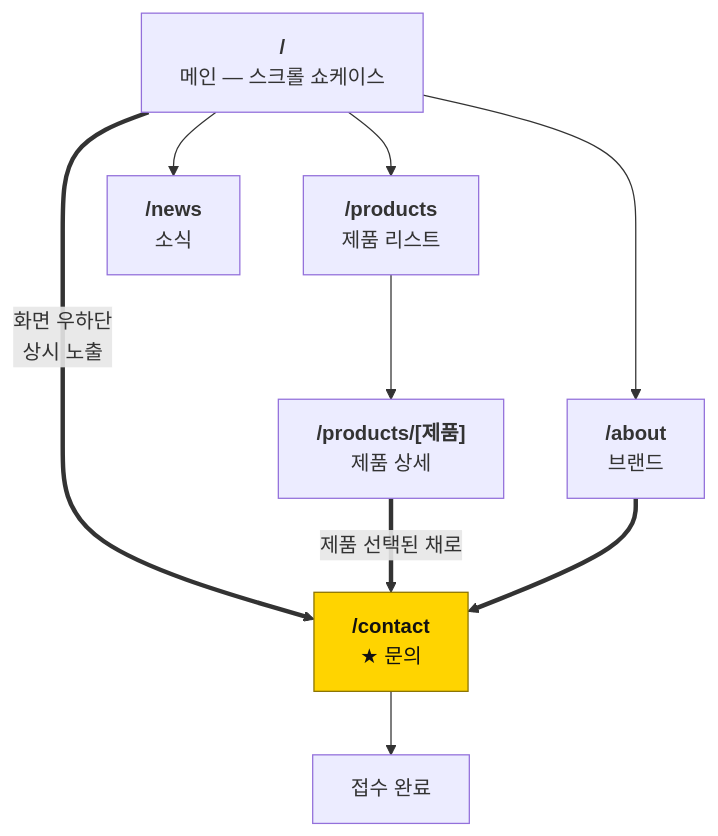
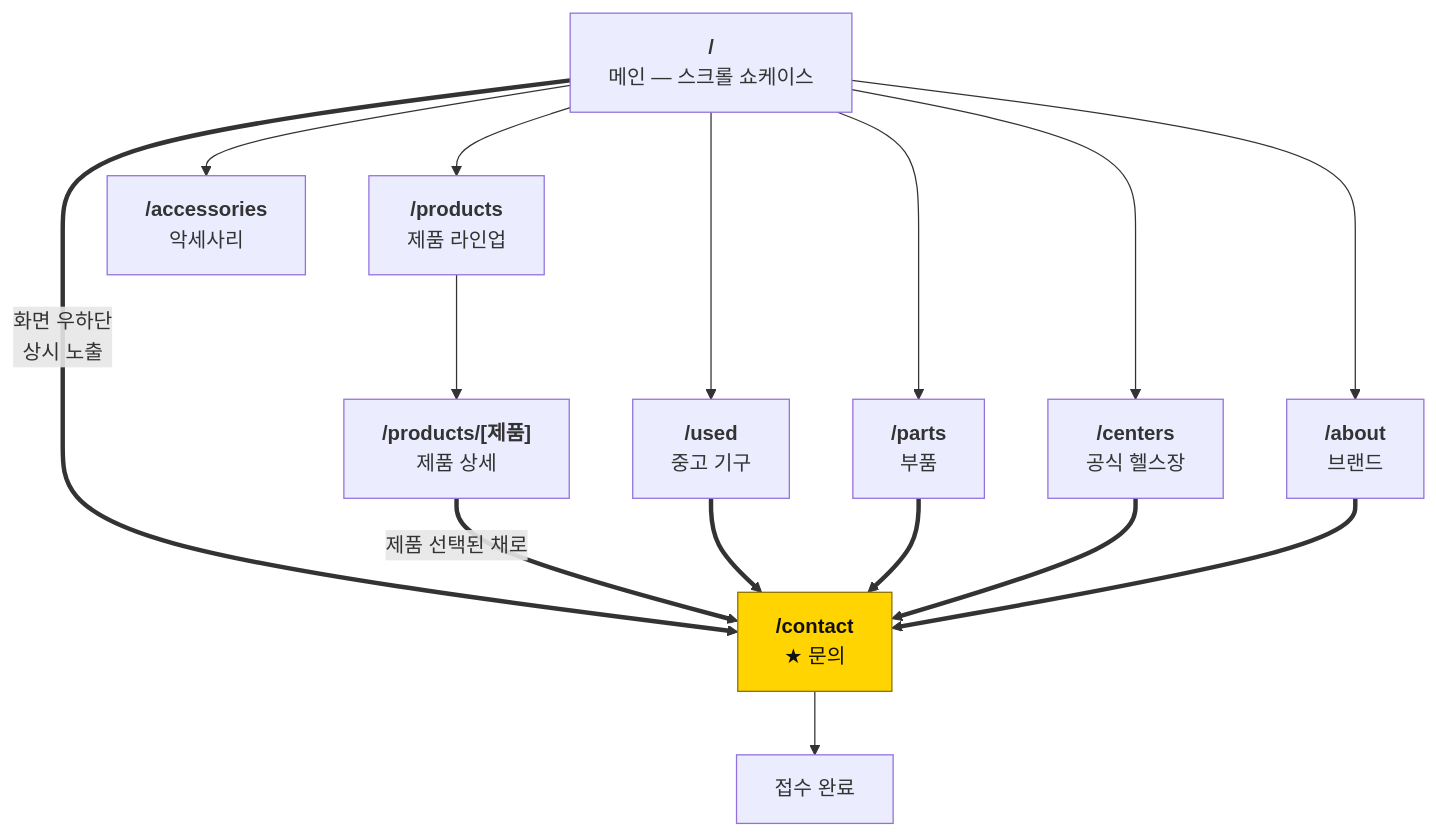
Before and after one commit to gymleco/.github: the first of 6 diagrams in profile/README.md, drawn with Mermaid. The commit also changed 6 other files, not shown here.

````diff
--- a/profile/README.md
+++ b/profile/README.md
@@ -14,21 +14,30 @@
 ```mermaid
 flowchart TD
     HOME["<b>/</b><br/>메인 — 스크롤 쇼케이스"]
-    PLIST["<b>/products</b><br/>제품 리스트"]
+    PLIST["<b>/products</b><br/>제품 라인업"]
     PDETAIL["<b>/products/[제품]</b><br/>제품 상세"]
+    USED["<b>/used</b><br/>중고 기구"]
+    PARTS["<b>/parts</b><br/>부품"]
+    ACC["<b>/accessories</b><br/>악세사리"]
+    CENTERS["<b>/centers</b><br/>공식 헬스장"]
     ABOUT["<b>/about</b><br/>브랜드"]
-    NEWS["<b>/news</b><br/>소식"]
     CONTACT["<b>/contact</b><br/>★ 문의"]
     DONE["접수 완료"]
 
     HOME --> PLIST --> PDETAIL
+    HOME --> USED
+    HOME --> PARTS
+    HOME --> ACC
+    HOME --> CENTERS
     HOME --> ABOUT
-    HOME --> NEWS
     HOME ==>|"화면 우하단<br/>상시 노출"| CONTACT
     PDETAIL ==>|"제품 선택된 채로"| CONTACT
+    USED ==> CONTACT
+    PARTS ==> CONTACT
+    CENTERS ==> CONTACT
     ABOUT ==> CONTACT
     CONTACT --> DONE
 
     classDef cta fill:#ffd400,stroke:#8a7200,color:#111
     class CONTACT cta
 ```
````
